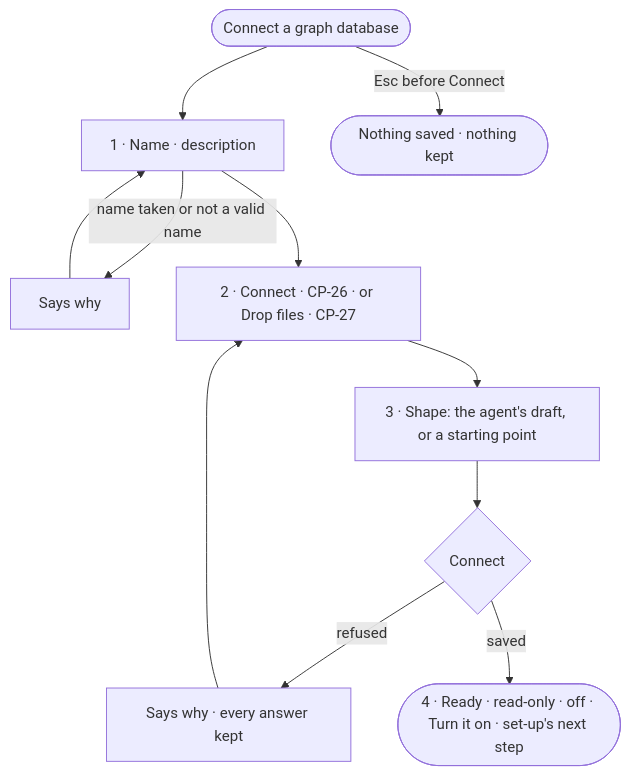
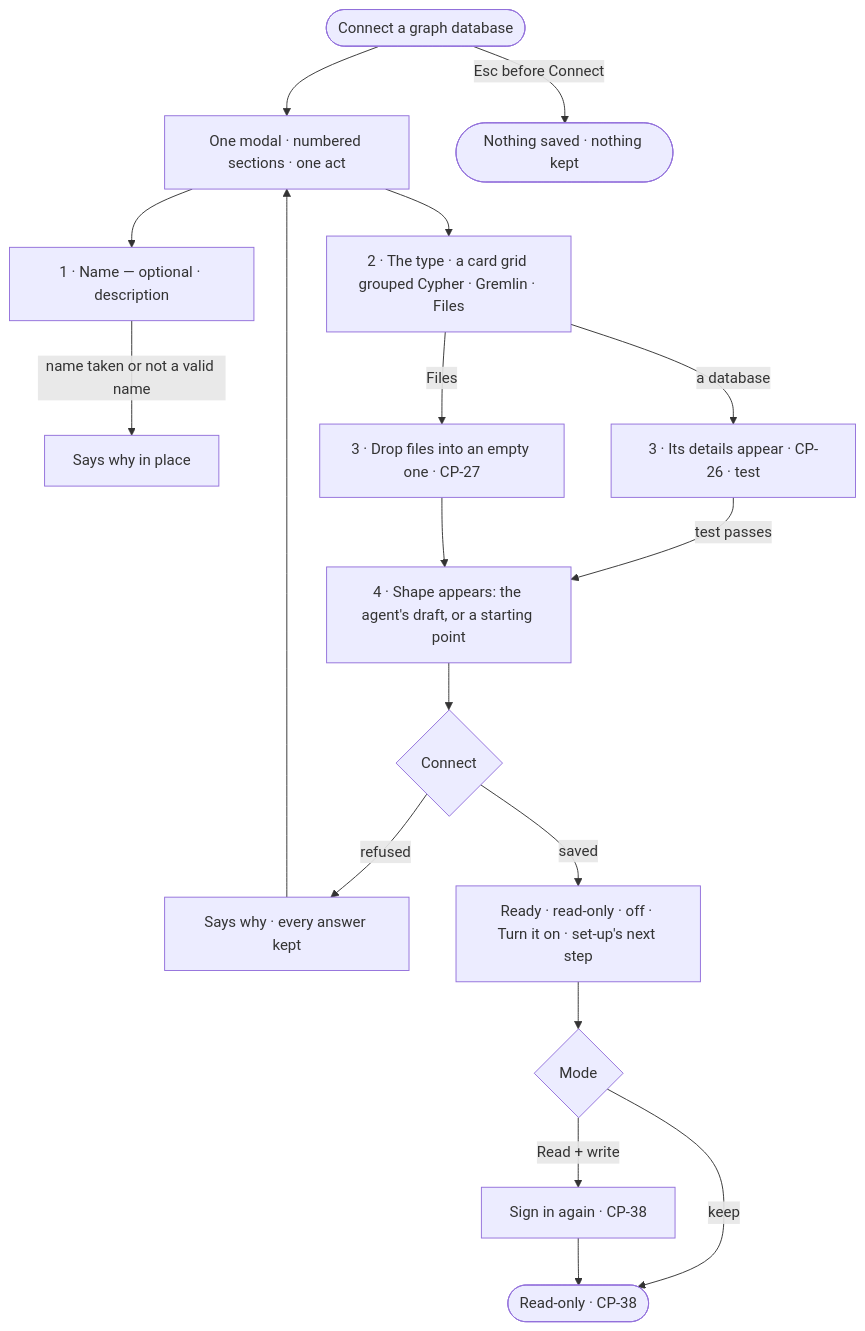
One commit to invana/invana changed the diagram in specs/os/control/features/CP-F05-graph-databases/stories/CP-25-connect-a-graph-database-in-one-modal-of-steps/story.md. Above: the diagram before and after it, drawn with Mermaid. The commit also changed other lines of this file and 456 other files, not shown here.

````diff
--- a/specs/os/control/features/CP-F05-graph-databases/stories/CP-25-connect-a-graph-database-in-one-modal-of-steps/story.md
+++ b/specs/os/control/features/CP-F05-graph-databases/stories/CP-25-connect-a-graph-database-in-one-modal-of-steps/story.md
@@ -27,11 +28,18 @@
 ```mermaid
 flowchart TD
-  o([Connect a graph database]) --> s1["1 · Name · description"]
-  s1 -->|name taken or not a valid name| t["Says why"] --> s1
-  s1 --> s2["2 · Connect · CP-26 · or Drop files · CP-27"]
-  s2 --> s3["3 · Shape: the agent's draft, or a starting point"]
-  s3 --> cn{"Connect"}
-  cn -->|refused| rf["Says why · every answer kept"] --> s2
-  cn -->|saved| s4(["4 · Ready · read-only · off · Turn it on · set-up's next step"])
+  o([Connect a graph database]) --> m["One modal · numbered sections · one act"]
+  m --> s1["1 · Name — optional · description"]
+  s1 -->|name taken or not a valid name| t["Says why in place"]
+  m --> s2["2 · The type · a card grid grouped Cypher · Gremlin · Files"]
+  s2 -->|a database| s3["3 · Its details appear · CP-26 · test"]
+  s2 -->|Files| s3f["3 · Drop files into an empty one · CP-27"]
+  s3 -->|test passes| s4["4 · Shape appears: the agent's draft, or a starting point"]
+  s3f --> s4
+  s4 --> cn{"Connect"}
+  cn -->|refused| rf["Says why · every answer kept"] --> m
+  cn -->|saved| rd["Ready · read-only · off · Turn it on · set-up's next step"]
+  rd --> md{"Mode"}
+  md -->|keep| ro(["Read-only · CP-38"])
+  md -->|Read + write| rw["Sign in again · CP-38"] --> ro
   o -->|Esc before Connect| x(["Nothing saved · nothing kept"])
 ```
````
